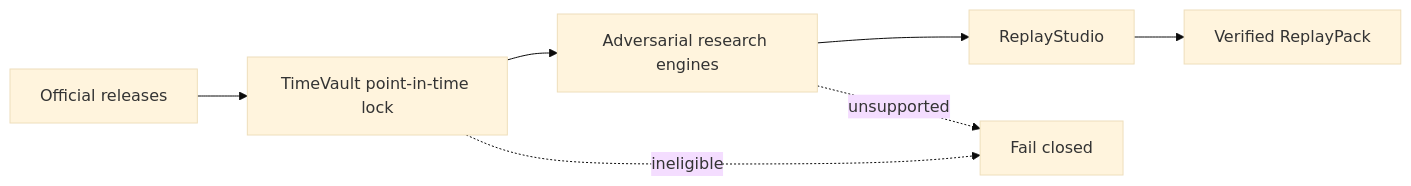
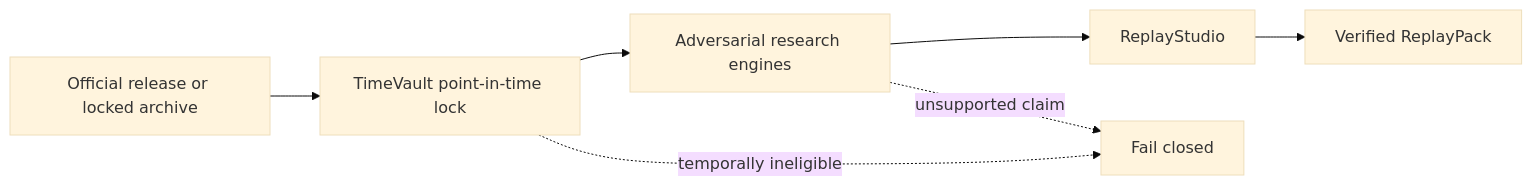
One commit to limingrui679-design/finreplay-os changed the diagram in README.md. Above: the diagram before and after it, drawn with Mermaid (base theme). The commit also changed other lines of this file and 107 other files, not shown here.

````diff
--- a/README.md
+++ b/README.md
@@ -77,9 +68,9 @@
 ```mermaid
 flowchart LR
-    A[Official releases] --> B[TimeVault point-in-time lock]
-    B --> C[Adversarial research engines]
-    C --> D[ReplayStudio]
-    D --> E[Verified ReplayPack]
-    B -. ineligible .-> X[Fail closed]
-    C -. unsupported .-> X
+    A["Official release or locked archive"] --> B["TimeVault point-in-time lock"]
+    B --> C["Adversarial research engines"]
+    C --> D["ReplayStudio"]
+    D --> E["Verified ReplayPack"]
+    B -. "temporally ineligible" .-> X["Fail closed"]
+    C -. "unsupported claim" .-> X
 ```
````
